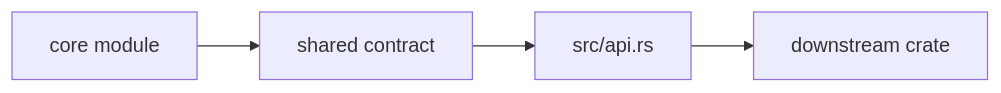
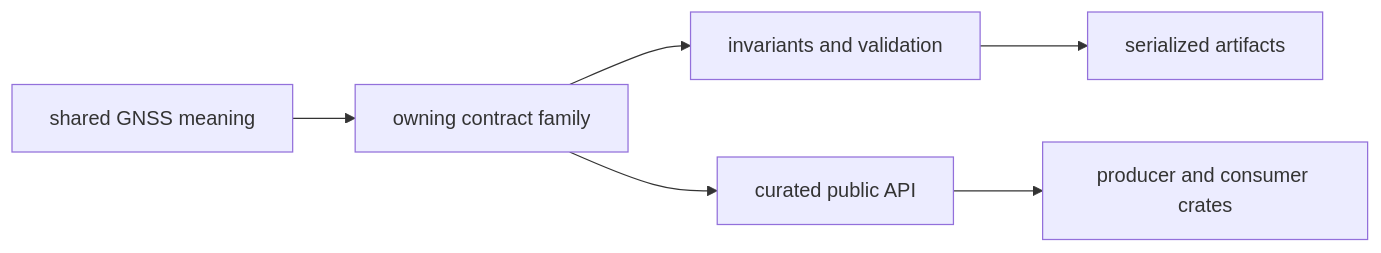
The diagram in crates/bijux-gnss-core/docs/CONTRACT_MAP.md (bijux/bijux-telecom), drawn with Mermaid before and after one commit. The commit also changed other lines of this file and 1 other file, not shown here.

Commit message:
docs(core): map shared contract ownership

````diff
--- a/crates/bijux-gnss-core/docs/CONTRACT_MAP.md
+++ b/crates/bijux-gnss-core/docs/CONTRACT_MAP.md
@@ -9,11 +10,15 @@
 ```mermaid
 flowchart LR
-    module["core module"]
-    contract["shared contract"]
-    api["src/api.rs"]
-    consumer["downstream crate"]
+    meaning["shared GNSS meaning"]
+    family["owning contract family"]
+    validation["invariants and validation"]
+    api["curated public API"]
+    consumer["producer and consumer crates"]
+    artifact["serialized artifacts"]
 
-    module --> contract
-    contract --> api
+    meaning --> family
+    family --> validation
+    family --> api
     api --> consumer
+    validation --> artifact
 ```
````
